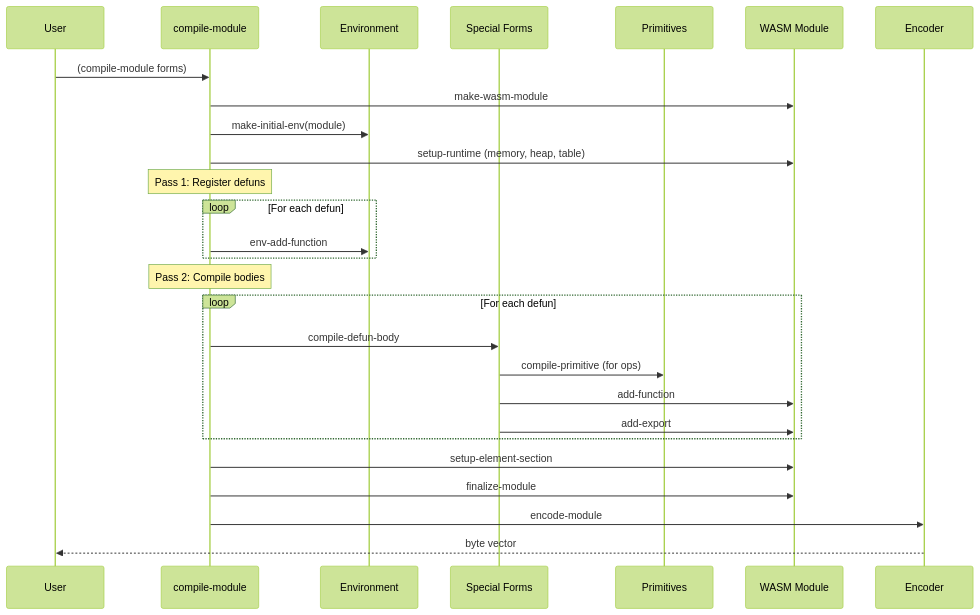
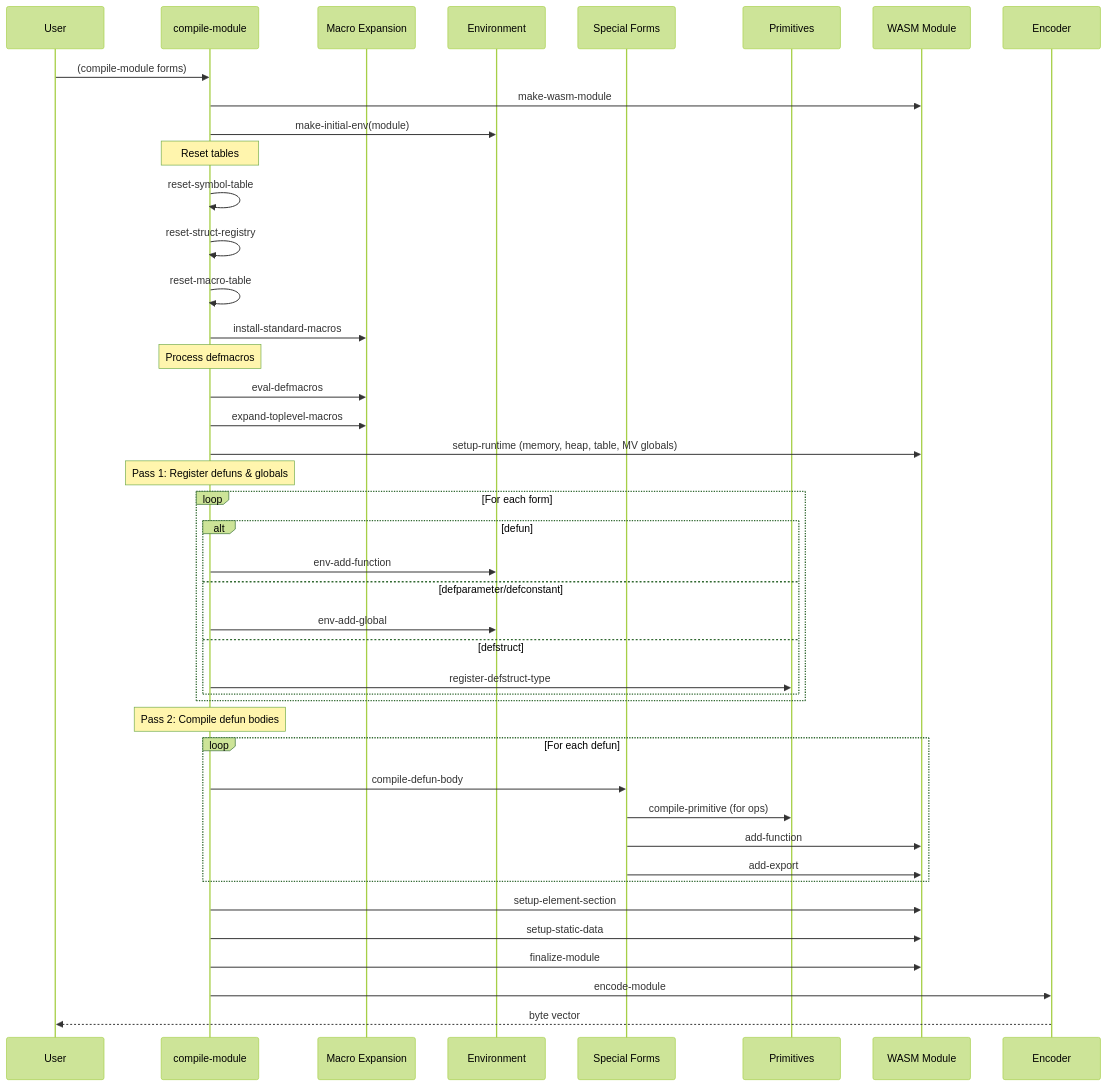
Before and after one commit to cxxxr/clysm: the second of 2 diagrams in ARCHITECTURE.md, drawn with Mermaid (forest theme). The commit also changed other lines of this file, not shown here.

````diff
--- a/ARCHITECTURE.md
+++ b/ARCHITECTURE.md
@@ -77,33 +98,52 @@
 ```mermaid
 sequenceDiagram
     participant User
     participant compile-module
+    participant macros as Macro Expansion
     participant env as Environment
     participant sf as Special Forms
     participant prim as Primitives
     participant module as WASM Module
     participant encoder as Encoder
 
     User->>compile-module: (compile-module forms)
     compile-module->>module: make-wasm-module
     compile-module->>env: make-initial-env(module)
-    compile-module->>module: setup-runtime (memory, heap, table)
 
-    Note over compile-module: Pass 1: Register defuns
-    loop For each defun
-        compile-module->>env: env-add-function
+    Note over compile-module: Reset tables
+    compile-module->>compile-module: reset-symbol-table
+    compile-module->>compile-module: reset-struct-registry
+    compile-module->>compile-module: reset-macro-table
+    compile-module->>macros: install-standard-macros
+
+    Note over compile-module: Process defmacros
+    compile-module->>macros: eval-defmacros
+    compile-module->>macros: expand-toplevel-macros
+
+    compile-module->>module: setup-runtime (memory, heap, table, MV globals)
+
+    Note over compile-module: Pass 1: Register defuns & globals
+    loop For each form
+        alt defun
+            compile-module->>env: env-add-function
+        else defparameter/defconstant
+            compile-module->>env: env-add-global
+        else defstruct
+            compile-module->>prim: register-defstruct-type
+        end
     end
 
-    Note over compile-module: Pass 2: Compile bodies
+    Note over compile-module: Pass 2: Compile defun bodies
     loop For each defun
         compile-module->>sf: compile-defun-body
         sf->>prim: compile-primitive (for ops)
         sf->>module: add-function
         sf->>module: add-export
     end
 
     compile-module->>module: setup-element-section
+    compile-module->>module: setup-static-data
     compile-module->>module: finalize-module
     compile-module->>encoder: encode-module
     encoder-->>User: byte vector
 ```
````
